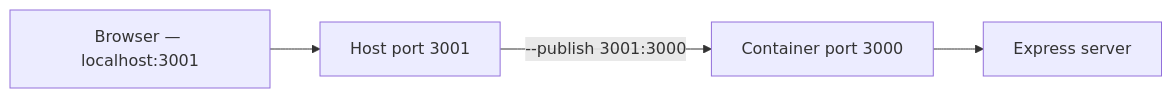
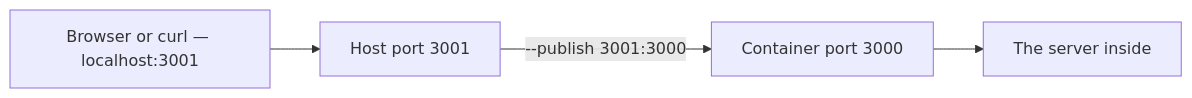
The second of 3 diagrams in Backend Engineering/19-Docker/09-Ports-And-Signals.md (Dummy-Bug/system-design-handbook), drawn with Mermaid before and after one commit. The commit also changed other lines of this file and 18 other files, not shown here.

````diff
--- a/Backend Engineering/19-Docker/09-Ports-And-Signals.md
+++ b/Backend Engineering/19-Docker/09-Ports-And-Signals.md
@@ -47,6 +55,6 @@
 ```mermaid
 flowchart LR
-    B["Browser — localhost:3001"] --> HP["Host port 3001"]
+    B["Browser or curl — localhost:3001"] --> HP["Host port 3001"]
     HP -->|"--publish 3001:3000"| CP["Container port 3000"]
-    CP --> S["Express server"]
+    CP --> S["The server inside"]
 ```
````
